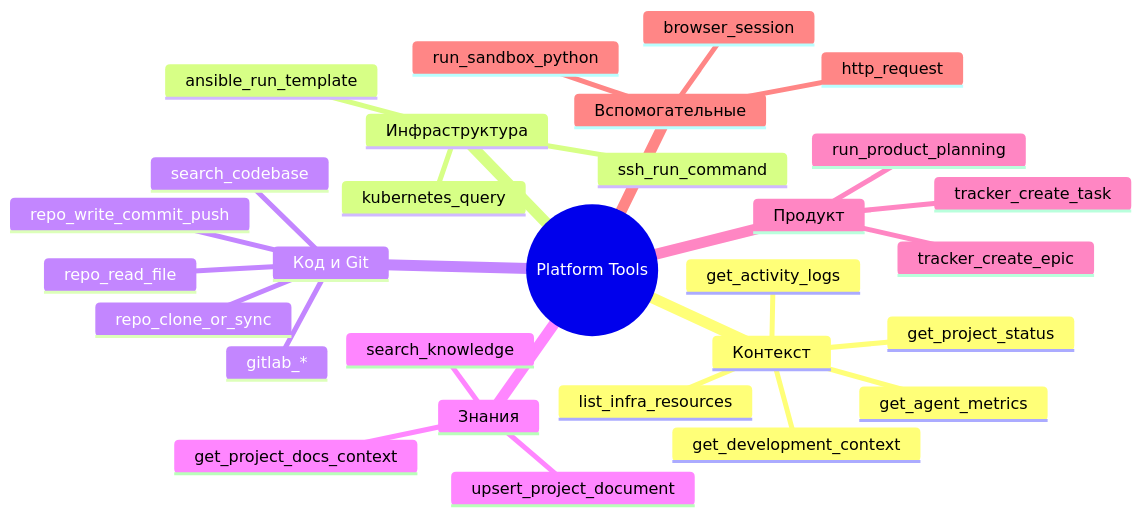
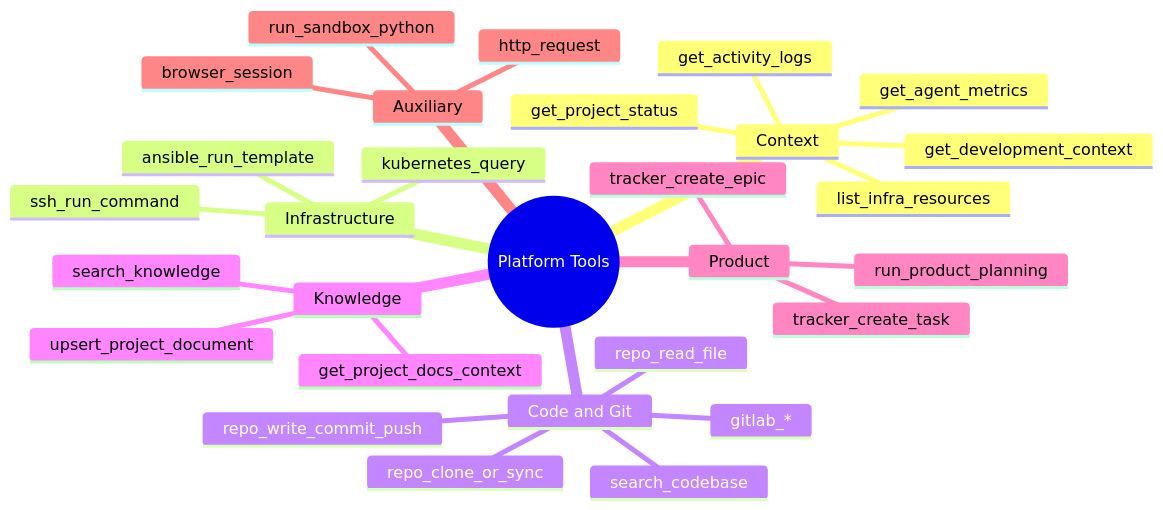
The fifth of 17 diagrams in Architecture.md (sergey-show/lambot-platform), drawn with Mermaid before and after one commit. The commit also changed other lines of this file and 119 other files, not shown here.

````diff
--- a/Architecture.md
+++ b/Architecture.md
@@ -240,32 +240,32 @@
 ```mermaid
 mindmap
   root((Platform Tools))
-    Контекст
+    Context
       get_development_context
       get_project_status
       list_infra_resources
       get_activity_logs
       get_agent_metrics
-    Инфраструктура
+    Infrastructure
       ssh_run_command
       kubernetes_query
       ansible_run_template
-    Код и Git
+    Code and Git
       gitlab_*
       repo_clone_or_sync
       repo_read_file
       repo_write_commit_push
       search_codebase
-    Знания
+    Knowledge
       get_project_docs_context
       upsert_project_document
       search_knowledge
-    Продукт
+    Product
       run_product_planning
       tracker_create_epic
       tracker_create_task
-    Вспомогательные
+    Auxiliary
       run_sandbox_python
       browser_session
       http_request
 ```
````
